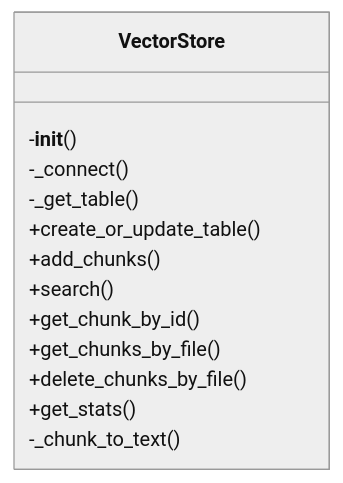
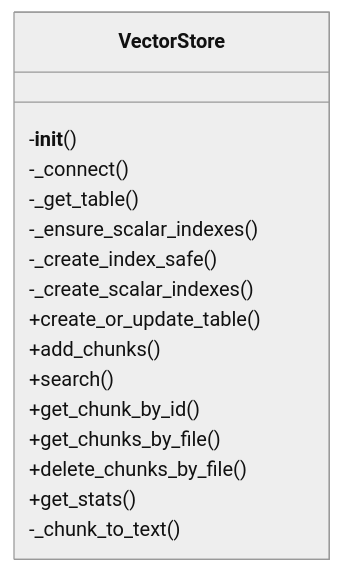
The first of 2 diagrams in .deepwiki/files/src/local_deepwiki/core/vectorstore.md (UrbanDiver/local-deepwiki-mcp), drawn with Mermaid (neutral theme) before and after one commit. The commit also changed other lines of this file and 30 other files, not shown here.

````diff
--- a/.deepwiki/files/src/local_deepwiki/core/vectorstore.md
+++ b/.deepwiki/files/src/local_deepwiki/core/vectorstore.md
@@ -173,16 +200,19 @@
 ```mermaid
 classDiagram
     class VectorStore {
         -__init__()
         -_connect()
         -_get_table()
+        -_ensure_scalar_indexes()
+        -_create_index_safe()
+        -_create_scalar_indexes()
         +create_or_update_table()
         +add_chunks()
         +search()
         +get_chunk_by_id()
         +get_chunks_by_file()
         +delete_chunks_by_file()
         +get_stats()
         -_chunk_to_text()
     }
 ```
````
